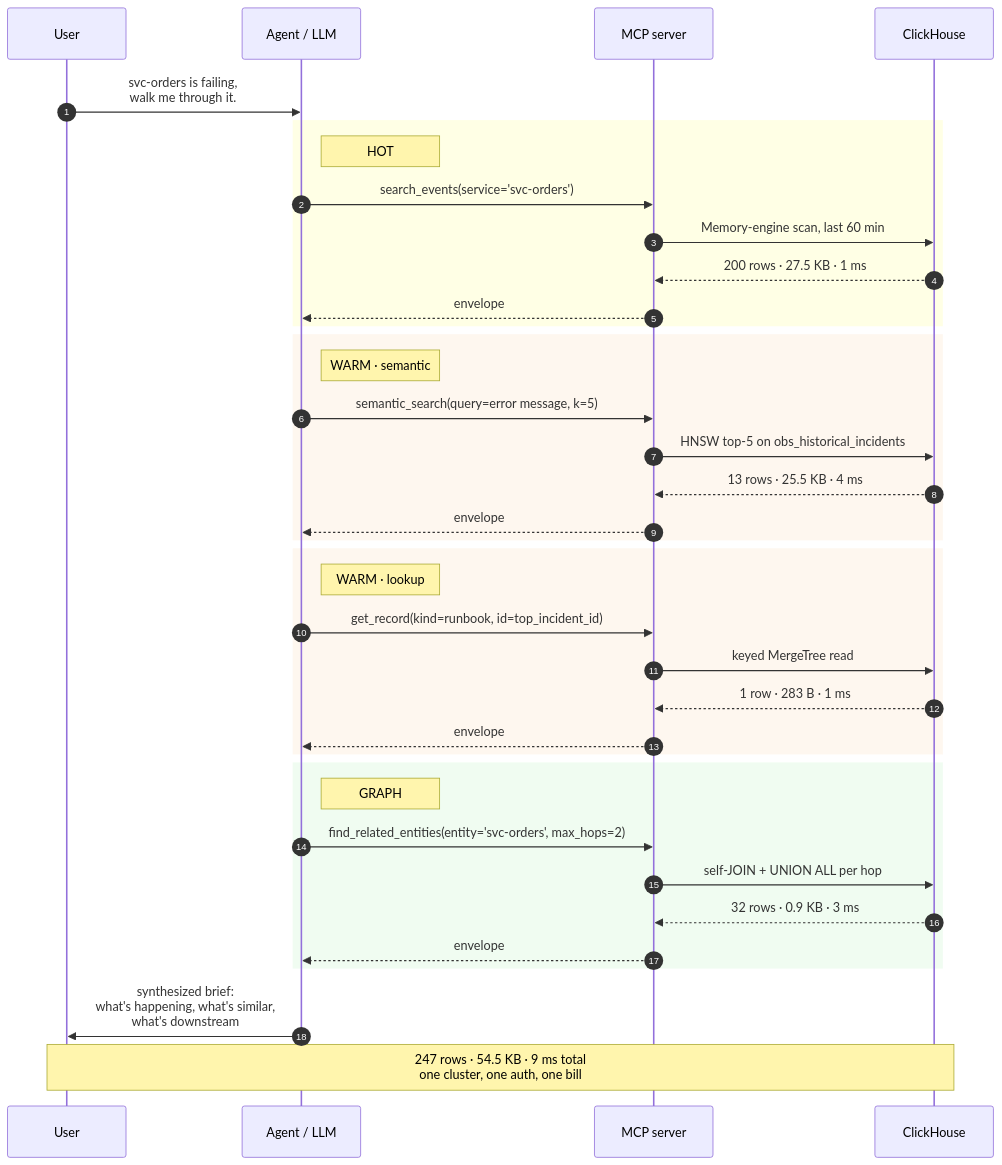
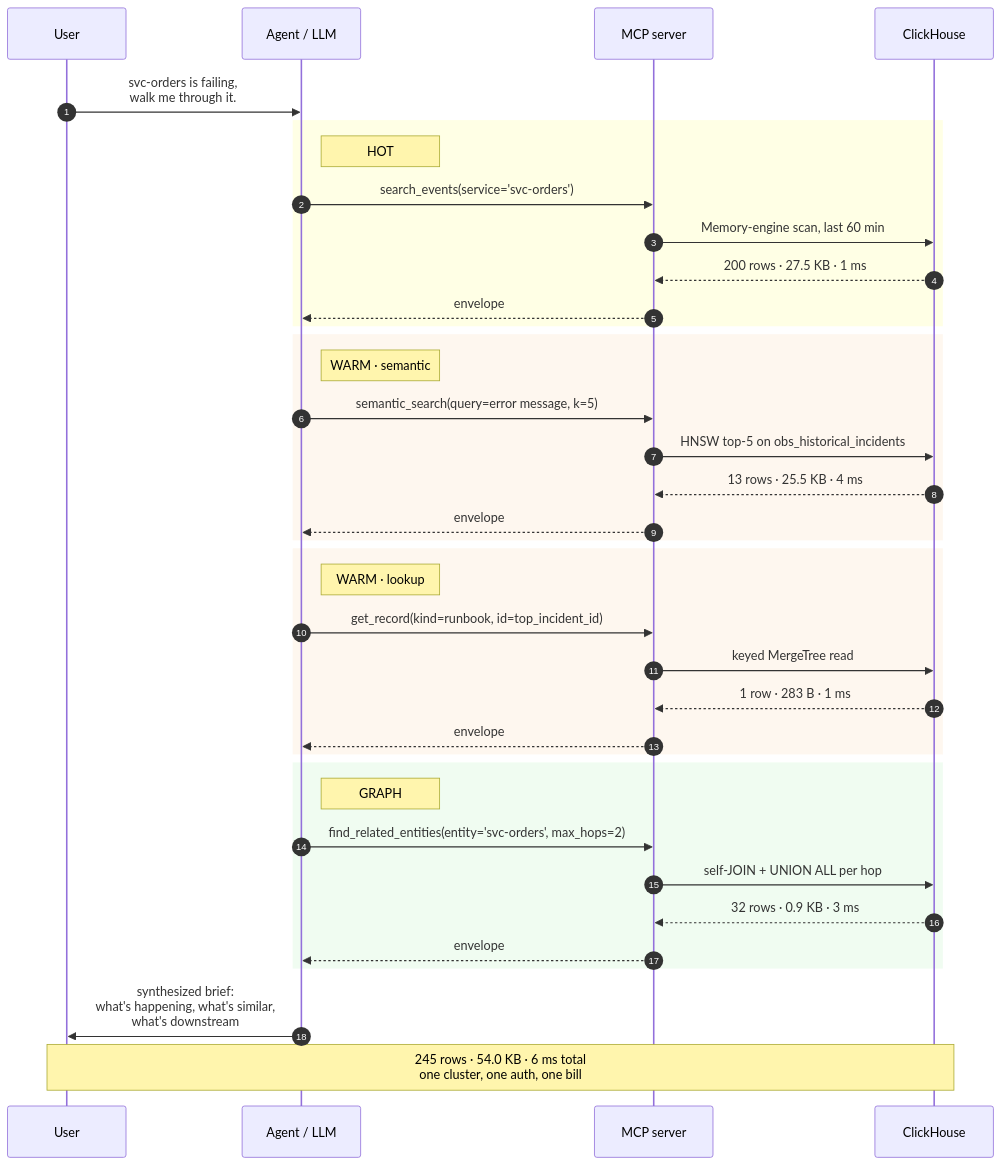
The sixth of 8 diagrams in README.md (ClickHouse/clickhouse-agent-memory), drawn with Mermaid before and after one commit. The commit also changed other lines of this file and 15 other files, not shown here.

````diff
--- a/README.md
+++ b/README.md
@@ -272,45 +272,45 @@
 ```mermaid
 sequenceDiagram
     autonumber
     participant U as User
     participant A as Agent / LLM
     participant M as MCP server
     participant CH as ClickHouse
 
     U->>A: svc-orders is failing,<br/>walk me through it.
 
     rect rgb(250, 255, 0, 0.1)
     Note right of A: HOT
     A->>M: search_events(service='svc-orders')
     M->>CH: Memory-engine scan, last 60 min
     CH-->>M: 200 rows · 27.5 KB · 1 ms
     M-->>A: envelope
     end
 
     rect rgb(242, 179, 102, 0.1)
     Note right of A: WARM · semantic
     A->>M: semantic_search(query=error message, k=5)
     M->>CH: HNSW top-5 on obs_historical_incidents
     CH-->>M: 13 rows · 25.5 KB · 4 ms
     M-->>A: envelope
     end
 
     rect rgb(242, 179, 102, 0.1)
     Note right of A: WARM · lookup
     A->>M: get_record(kind=runbook, id=top_incident_id)
     M->>CH: keyed MergeTree read
     CH-->>M: 1 row · 283 B · 1 ms
     M-->>A: envelope
     end
 
     rect rgb(107, 224, 122, 0.1)
     Note right of A: GRAPH
     A->>M: find_related_entities(entity='svc-orders', max_hops=2)
     M->>CH: self-JOIN + UNION ALL per hop
     CH-->>M: 32 rows · 0.9 KB · 3 ms
     M-->>A: envelope
     end
 
     A->>U: synthesized brief:<br/>what's happening, what's similar,<br/>what's downstream
-    Note over U,CH: 247 rows · 54.5 KB · 9 ms total<br/>one cluster, one auth, one bill
+    Note over U,CH: 245 rows · 54.0 KB · 6 ms total<br/>one cluster, one auth, one bill
 ```
````
